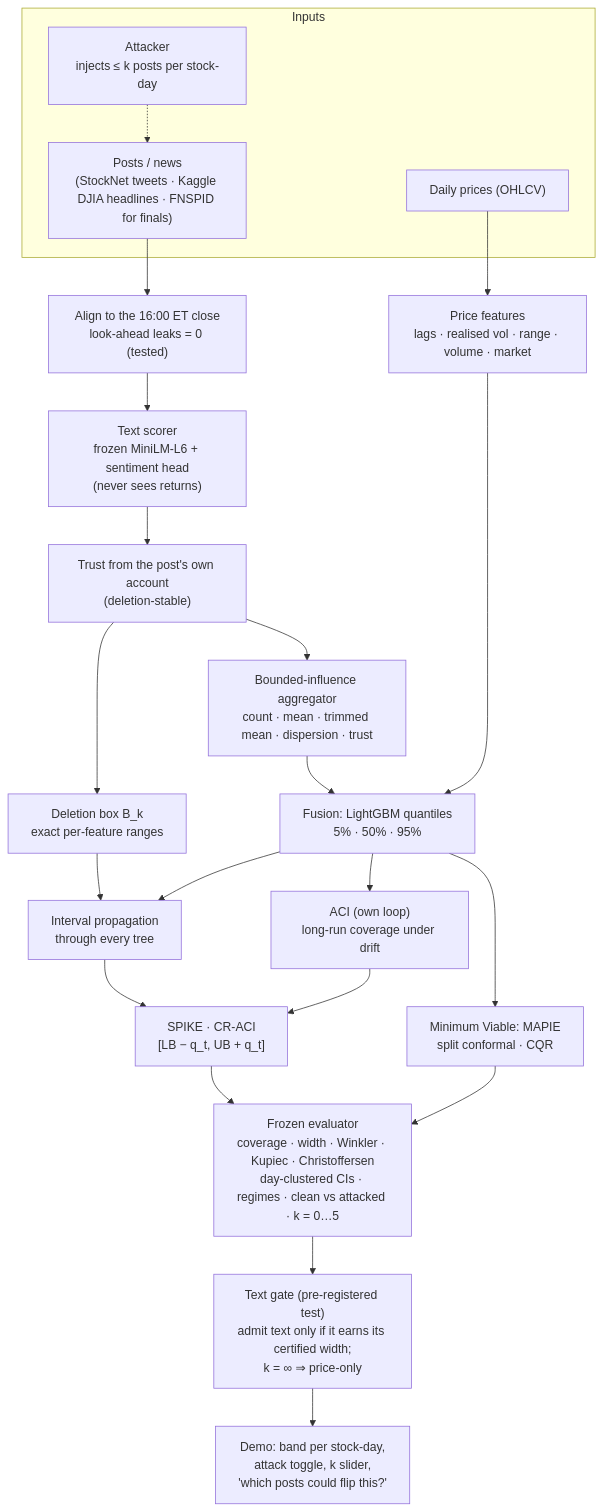
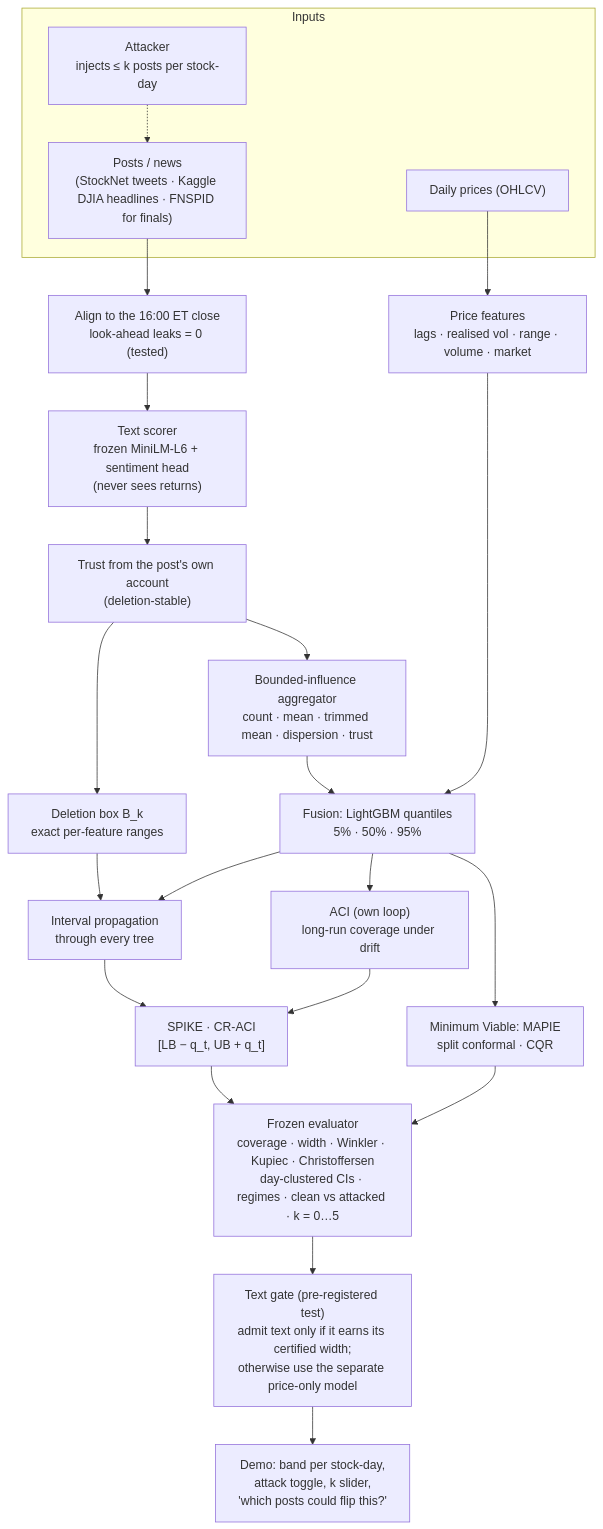
Before and after one commit to imdigitalashish/techfest-2026: the diagram in perceptron-p10-trusted-text-signal/deliverables/architecture.md, drawn with Mermaid. The commit also changed other lines of this file and 6 other files, not shown here.

Commit message:
perceptron-p10-trusted-text-signal: lead decisions on both cross-model reviews (18 items accepted, 0 rejected) + ledger; docs corrected (fixed-offset containment, CR-ACI non-nesting, derived margins, 1/m, price-only not k=inf); pandas warning fixed

````diff
--- a/perceptron-p10-trusted-text-signal/deliverables/architecture.md
+++ b/perceptron-p10-trusted-text-signal/deliverables/architecture.md
@@ -3,27 +3,27 @@
 ```mermaid
 flowchart TB
   subgraph Inputs
     T["Posts / news<br/>(StockNet tweets · Kaggle DJIA headlines · FNSPID for finals)"]
     P["Daily prices (OHLCV)"]
     A["Attacker<br/>injects ≤ k posts per stock-day"]
   end
   A -.-> T
   T --> AL["Align to the 16:00 ET close<br/>look-ahead leaks = 0 (tested)"]
   AL --> SC["Text scorer<br/>frozen MiniLM-L6 + sentiment head<br/>(never sees returns)"]
   SC --> TR["Trust from the post's own account<br/>(deletion-stable)"]
   TR --> AG["Bounded-influence aggregator<br/>count · mean · trimmed mean · dispersion · trust"]
   P --> TS["Price features<br/>lags · realised vol · range · volume · market"]
   AG --> FU["Fusion: LightGBM quantiles<br/>5% · 50% · 95%"]
   TS --> FU
   FU --> CP["Minimum Viable: MAPIE<br/>split conformal · CQR"]
   FU --> ACI["ACI (own loop)<br/>long-run coverage under drift"]
   TR --> BOX["Deletion box B_k<br/>exact per-feature ranges"]
   BOX --> PROP["Interval propagation<br/>through every tree"]
   FU --> PROP
   PROP --> CR["SPIKE · CR-ACI<br/>[LB − q_t, UB + q_t]"]
   ACI --> CR
   CP --> EV
   CR --> EV["Frozen evaluator<br/>coverage · width · Winkler · Kupiec · Christoffersen<br/>day-clustered CIs · regimes · clean vs attacked · k = 0…5"]
-  EV --> GATE["Text gate (pre-registered test)<br/>admit text only if it earns its certified width;<br/>k = ∞ ⇒ price-only"]
+  EV --> GATE["Text gate (pre-registered test)<br/>admit text only if it earns its certified width;<br/>otherwise use the separate price-only model"]
   GATE --> UI["Demo: band per stock-day,<br/>attack toggle, k slider,<br/>'which posts could flip this?'"]
 ```
````
